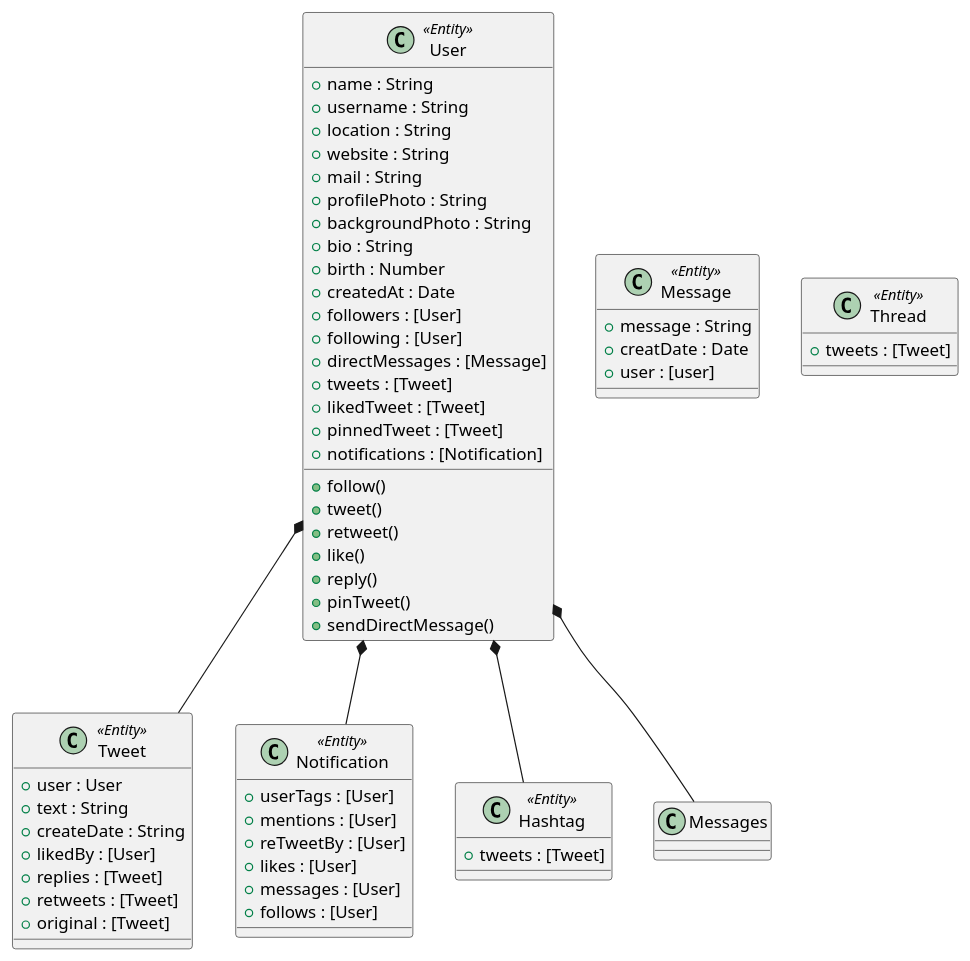
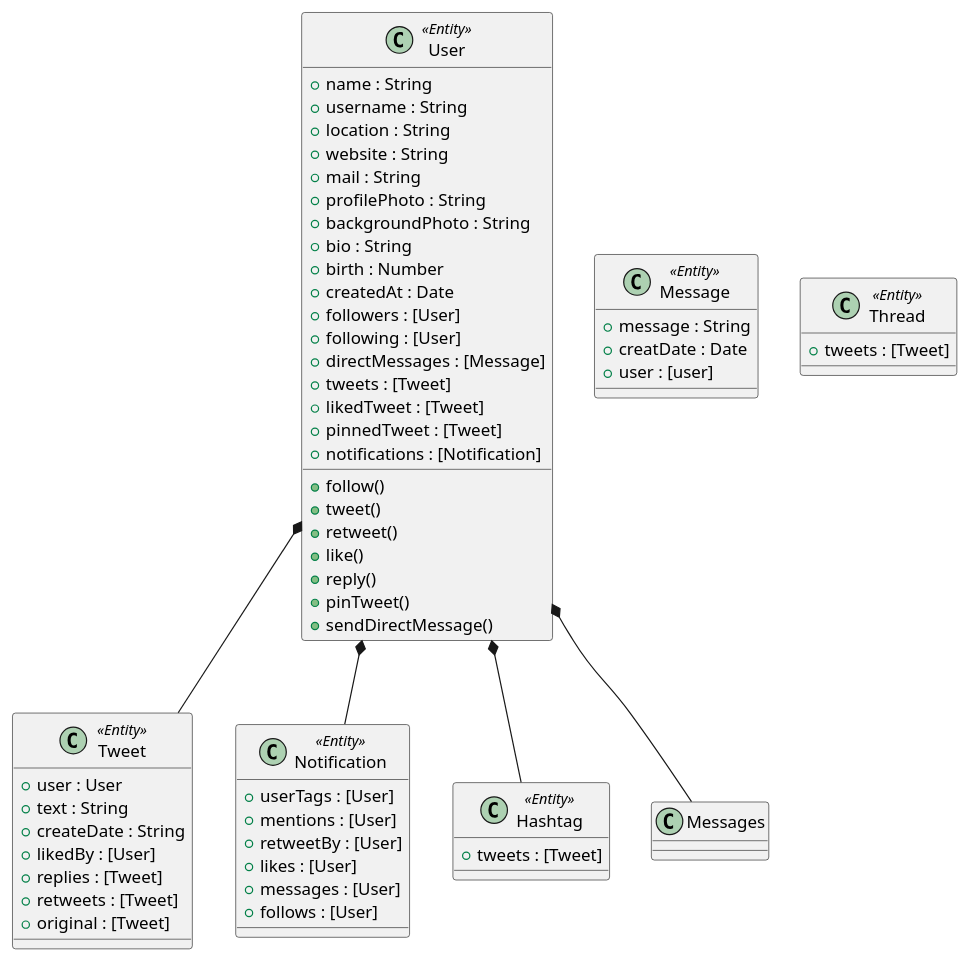
The diagram in class-diagram.puml (veyselusta/twitter), drawn with PlantUML before and after one commit.

Commit message:
Fix typo on class-diagram

```diff
--- a/class-diagram.puml
+++ b/class-diagram.puml
@@ -1,69 +1,69 @@
 @startuml "Class Diagram"
 
 class User <<Entity>> {
   + name : String
   + username : String
   + location : String
   + website : String
   + mail : String
   + profilePhoto : String
   + backgroundPhoto : String
   + bio : String
   + birth : Number
   + createdAt : Date
   + followers : [User]
   + following : [User]
   + directMessages : [Message]
   + tweets : [Tweet]
   + likedTweet : [Tweet]
   + pinnedTweet : [Tweet]
   + notifications : [Notification]
 
   + follow()
   + tweet()
   + retweet()
   + like()
   + reply()
   + pinTweet()
   + sendDirectMessage()
 }
 
 class Tweet <<Entity>> {
   + user : User
   + text : String
   + createDate : String
   + likedBy : [User]
   + replies : [Tweet]
   + retweets : [Tweet]
   + original : [Tweet]
 }
 
 Class Notification <<Entity>>  {
   + userTags : [User]
   + mentions : [User]
-  + reTweetBy : [User]
+  + retweetBy : [User]
   + likes : [User]
   + messages : [User]
   + follows : [User]
 }
 
 class Hashtag <<Entity>> {
   + tweets : [Tweet]
 }
 
 class Message <<Entity>> {
   + message : String
   + creatDate : Date
   + user : [user]
 }
 
 class Thread <<Entity>>  {
   + tweets : [Tweet]
 }
 
 User *-- Tweet
 User *-- Notification
 User *-- Hashtag
 User *-- Messages
 
 @enduml
```
